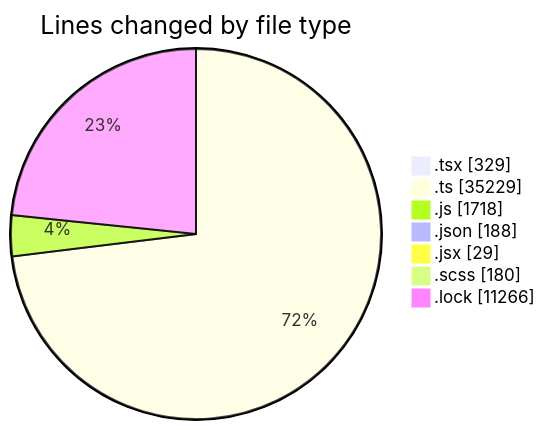
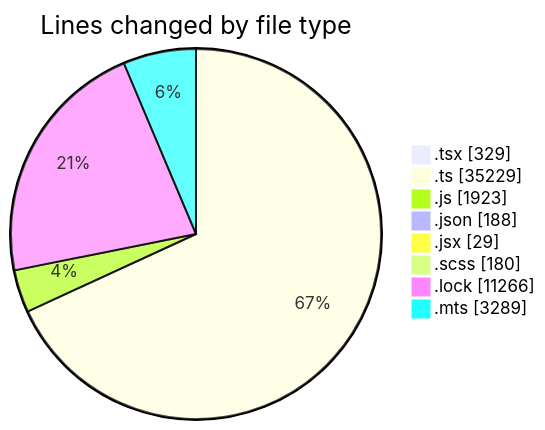
One commit to momahboobian/code-tracking changed the first of 2 diagrams in 2025-12-17/cda/README.md. Above: the diagram before and after it, drawn with Mermaid. The commit also changed other lines of this file and 1 other file, not shown here.

````diff
--- a/2025-12-17/cda/README.md
+++ b/2025-12-17/cda/README.md
@@ -57,11 +59,12 @@
 ```mermaid
 pie showData
 title Lines changed by file type
 ".tsx" : 329
 ".ts" : 35229
-".js" : 1718
+".js" : 1923
 ".json" : 188
 ".jsx" : 29
 ".scss" : 180
 ".lock" : 11266
+".mts" : 3289
 ```
````
